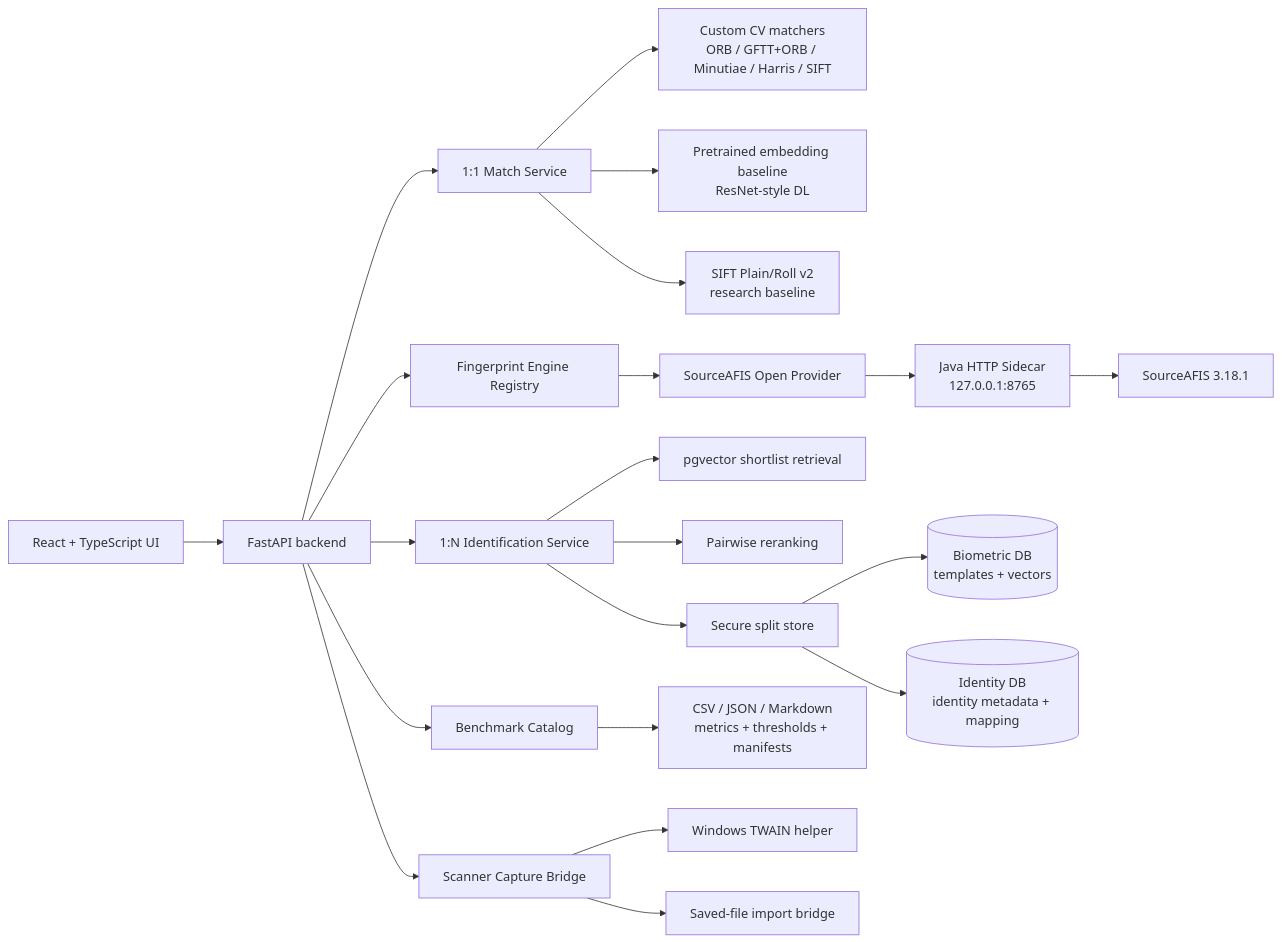
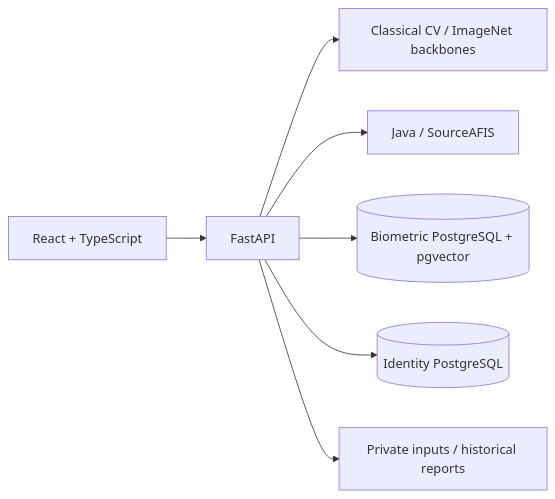
Before and after one commit to Mish2000/fingerprint-research: the diagram in README.md, drawn with Mermaid. The commit also changed other lines of this file and 65 other files, not shown here.

````diff
--- a/README.md
+++ b/README.md
@@ -97,29 +27,9 @@
 ```mermaid
 flowchart LR
-    UI[React + TypeScript UI] --> API[FastAPI backend]
-
-    API --> Match[1:1 Match Service]
-    API --> Identify[1:N Identification Service]
-    API --> Bench[Benchmark Catalog]
-    API --> Scanner[Scanner Capture Bridge]
-    API --> Engine[Fingerprint Engine Registry]
-
-    Match --> Classic[Custom CV matchers\nORB / GFTT+ORB / Minutiae / Harris / SIFT]
-    Match --> Deep[Pretrained embedding baseline\nResNet-style DL]
-    Match --> SiftV2[SIFT Plain/Roll v2\nresearch baseline]
-
-    Engine --> SourceAFIS[SourceAFIS Open Provider]
-    SourceAFIS --> Sidecar[Java HTTP Sidecar\n127.0.0.1:8765]
-    Sidecar --> SourceAFISLib[SourceAFIS 3.18.1]
-
-    Identify --> Retrieval[pgvector shortlist retrieval]
-    Identify --> Rerank[Pairwise reranking]
-    Identify --> Store[Secure split store]
-
-    Store --> BioDB[(Biometric DB\ntemplates + vectors)]
-    Store --> IdentityDB[(Identity DB\nidentity metadata + mapping)]
-
-    Bench --> Artifacts[CSV / JSON / Markdown\nmetrics + thresholds + manifests]
-    Scanner --> TWAIN[Windows TWAIN helper]
-    Scanner --> Bridge[Saved-file import bridge]
+    UI[React + TypeScript] --> API[FastAPI]
+    API --> CV[Classical CV / ImageNet backbones]
+    API --> JAVA[Java / SourceAFIS]
+    API --> BIO[(Biometric PostgreSQL + pgvector)]
+    API --> ID[(Identity PostgreSQL)]
+    API --> FILES[Private inputs / historical reports]
 ```
````
